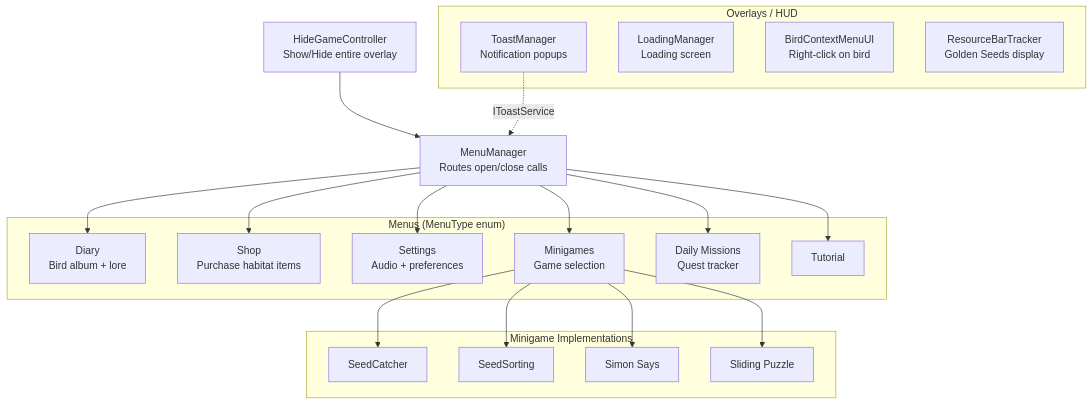
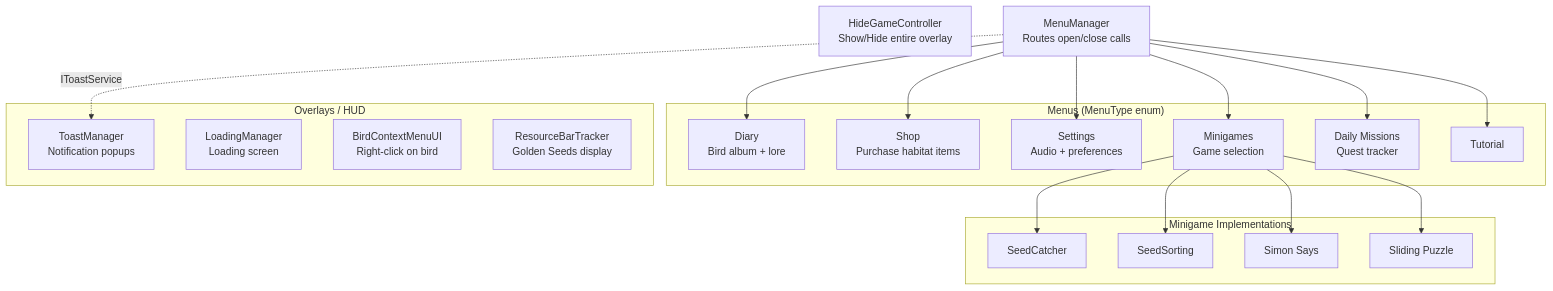
Diagram 11 of 14 in docs/product/architecture.md (kitoss1/Birdie), drawn with Mermaid before and after one commit. The commit also changed other lines of this file and 3 other files, not shown here.

````diff
--- a/docs/product/architecture.md
+++ b/docs/product/architecture.md
@@ -523,34 +546,33 @@
 ```mermaid
 flowchart TD
     HGC["HideGameController\nShow/Hide entire overlay"]
 
     MM["MenuManager\nRoutes open/close calls"]
 
     subgraph MENUS["Menus (MenuType enum)"]
         DIARY["Diary\nBird album + lore"]
         SHOP["Shop\nPurchase habitat items"]
         SETTINGS["Settings\nAudio + preferences"]
         MINIGAMES["Minigames\nGame selection"]
         MISSIONS["Daily Missions\nQuest tracker"]
         TUTORIAL["Tutorial"]
     end
 
     subgraph OVERLAYS["Overlays / HUD"]
         TOAST["ToastManager\nNotification popups"]
         LOADING["LoadingManager\nLoading screen"]
         CTX["BirdContextMenuUI\nRight-click on bird"]
         RES["ResourceBarTracker\nGolden Seeds display"]
     end
 
     subgraph MINIGAME_IMPL["Minigame Implementations"]
         SC["SeedCatcher"]
         SS["SeedSorting"]
         SIM["Simon Says"]
         SP["Sliding Puzzle"]
     end
 
     MM --> DIARY & SHOP & SETTINGS & MINIGAMES & MISSIONS & TUTORIAL
     MINIGAMES --> SC & SS & SIM & SP
-    HGC --> MM
-    TOAST -.->|IToastService| MM
+    MM -.->|IToastService| TOAST
 ```
````
